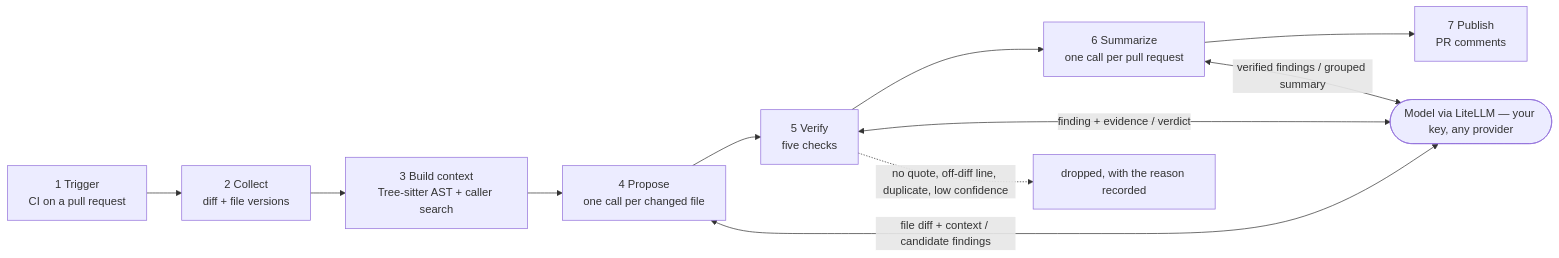
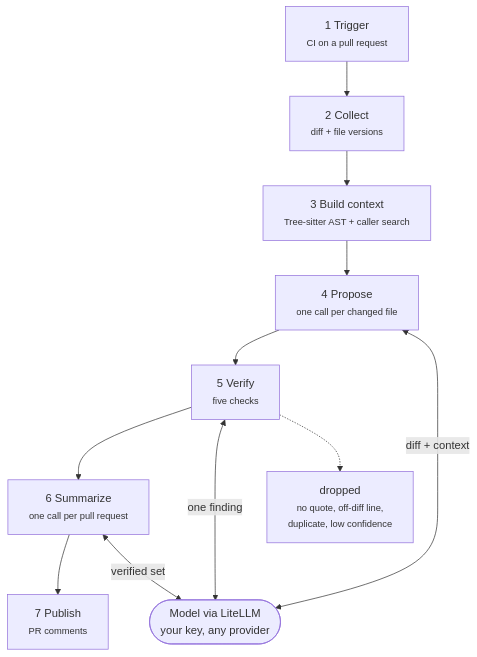
One commit to groundtruth-code-review/groundtruth-code-review changed the diagram in README.md. Above: the diagram before and after it, drawn with Mermaid.

Commit message:
Turn the pipeline diagram top-down so it stays legible
Left-to-right, seven stages plus three model round trips is wider than a
README column, and GitHub scales it down until the labels cannot be read.

````diff
--- a/README.md
+++ b/README.md
@@ -29,16 +29,16 @@
 ```mermaid
-flowchart LR
-    A["1 Trigger<br/>CI on a pull request"] --> B["2 Collect<br/>diff + file versions"]
-    B --> C["3 Build context<br/>Tree-sitter AST + caller search"]
-    C --> D["4 Propose<br/>one call per changed file"]
-    D --> E["5 Verify<br/>five checks"]
-    E --> F["6 Summarize<br/>one call per pull request"]
-    F --> G["7 Publish<br/>PR comments"]
+flowchart TD
+    A["1 Trigger<br/><small>CI on a pull request</small>"] --> B["2 Collect<br/><small>diff + file versions</small>"]
+    B --> C["3 Build context<br/><small>Tree-sitter AST + caller search</small>"]
+    C --> D["4 Propose<br/><small>one call per changed file</small>"]
+    D --> E["5 Verify<br/><small>five checks</small>"]
+    E --> F["6 Summarize<br/><small>one call per pull request</small>"]
+    F --> G["7 Publish<br/><small>PR comments</small>"]
 
-    M(["Model via LiteLLM &mdash; your key, any provider"])
-    D <-->|"file diff + context / candidate findings"| M
-    E <-->|"finding + evidence / verdict"| M
-    F <-->|"verified findings / grouped summary"| M
+    M(["Model via LiteLLM<br/>your key, any provider"])
+    D <-->|"diff + context"| M
+    E <-->|"one finding"| M
+    F <-->|"verified set"| M
 
-    E -.->|"no quote, off-diff line, duplicate, low confidence"| X["dropped, with the reason recorded"]
+    E -.-> X["dropped<br/><small>no quote, off-diff line,<br/>duplicate, low confidence</small>"]
 ```
````
